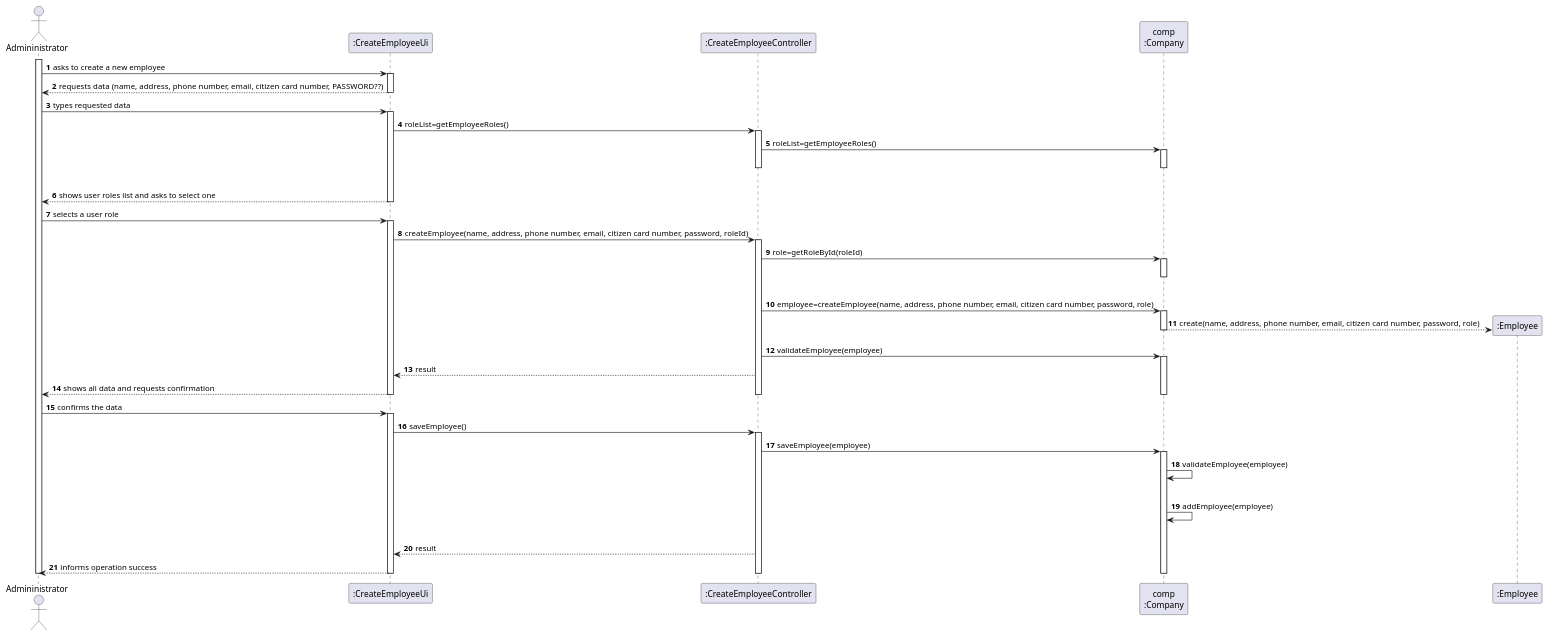
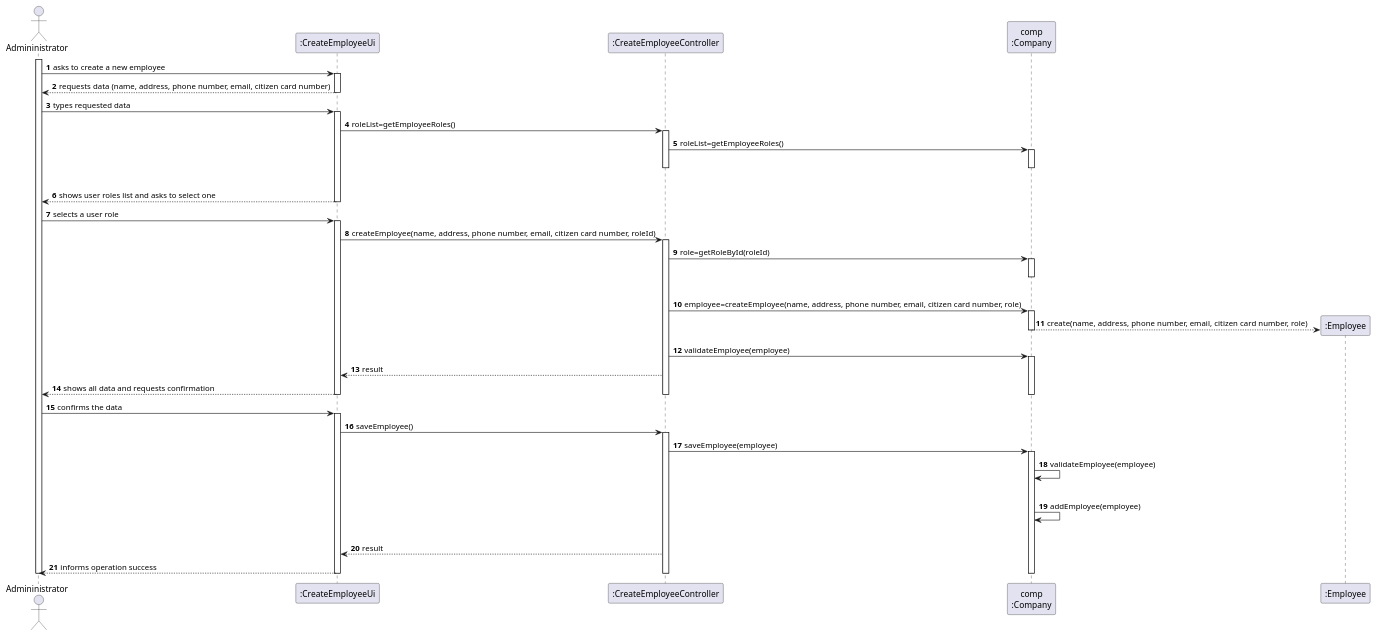
The diagram in docs/SprintB/US10/SD/US10_SD.puml (miseEnPlace-i/lapr2), drawn with PlantUML before and after one commit.

Commit message:
docs(us-10): updated sd for random password

```diff
--- a/docs/SprintB/US10/SD/US10_SD.puml
+++ b/docs/SprintB/US10/SD/US10_SD.puml
@@ -1,79 +1,79 @@
 @startuml US10_SD
 autonumber
 ' hide footbox
 actor "Admininistrator" as admin
 
 participant ":CreateEmployeeUi" as empUi
 participant ":CreateEmployeeController" as empController
 participant "comp\n:Company" as comp
 participant ":Employee" as emp
 
 activate admin
 admin -> empUi : asks to create a new employee
 activate empUi
-empUi --> admin : requests data (name, address, phone number, email, citizen card number, PASSWORD??)
+empUi --> admin : requests data (name, address, phone number, email, citizen card number)
 deactivate empUi
 
 admin -> empUi : types requested data
 activate empUi
 
 empUi -> empController : roleList=getEmployeeRoles()
 activate empController
 
 empController -> comp : roleList=getEmployeeRoles()
 activate comp
 |||
 deactivate comp
 deactivate empController
 
 empUi --> admin : shows user roles list and asks to select one
 deactivate empUi
 
 admin -> empUi : selects a user role
 activate empUi
 
-empUi -> empController : createEmployee(name, address, phone number, email, citizen card number, password, roleId)
+empUi -> empController : createEmployee(name, address, phone number, email, citizen card number, roleId)
 activate empController
 
 empController -> comp : role=getRoleById(roleId)
 activate comp
 |||
 deactivate comp
 
-empController -> comp: employee=createEmployee(name, address, phone number, email, citizen card number, password, role)
+empController -> comp: employee=createEmployee(name, address, phone number, email, citizen card number, role)
 activate comp
 
-comp --> emp**: create(name, address, phone number, email, citizen card number, password, role)
+comp --> emp**: create(name, address, phone number, email, citizen card number, role)
 deactivate comp
 empController -> comp: validateEmployee(employee)
 
 activate comp
 empController --> empUi: result
 empUi --> admin: shows all data and requests confirmation
 deactivate comp
 deactivate empController
 deactivate empUi
 
 admin -> empUi : confirms the data
 activate empUi
 empUi -> empController : saveEmployee()
 activate empController
 
 empController -> comp : saveEmployee(employee)
 activate comp
 
 comp -> comp: validateEmployee(employee)
 |||
 comp -> comp: addEmployee(employee)
 |||
 
 empController --> empUi: result
 
 empUi --> admin : informs operation success
 deactivate comp
 deactivate empController
 deactivate empUi
 
 deactivate admin
 
 @enduml
```
